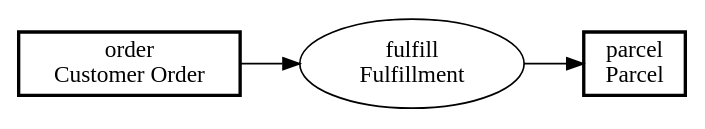
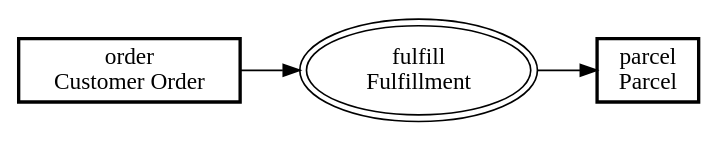
Before and after one commit to takasek/pfdsl: diagram 13 of 14 in docs/samples/README.md, drawn with Graphviz. The commit also changed other lines of this file and 4 other files, not shown here.

````diff
--- a/docs/samples/README.md
+++ b/docs/samples/README.md
@@ -556,13 +556,13 @@
 ```dot
 digraph PFDSL {
   rankdir=LR;
   newrank=true;
 
-  "fulfill" [shape=ellipse, label="fulfill\nFulfillment", tooltip="Fulfillment\nsubflow: ./14-boundary-detail.pfdsl"];
+  "fulfill" [shape=ellipse, label="fulfill\nFulfillment", tooltip="Fulfillment\nsubflow: ./14-boundary-detail.pfdsl", peripheries="2"];
   "order" [shape=box, label="order\nCustomer Order", penwidth="2"];
   "parcel" [shape=box, label="parcel\nParcel", penwidth="2"];
 
   "order" -> "fulfill";
   "fulfill" -> "parcel";
 }
 ```
````
